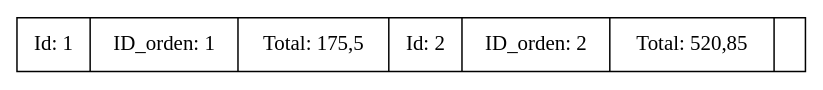
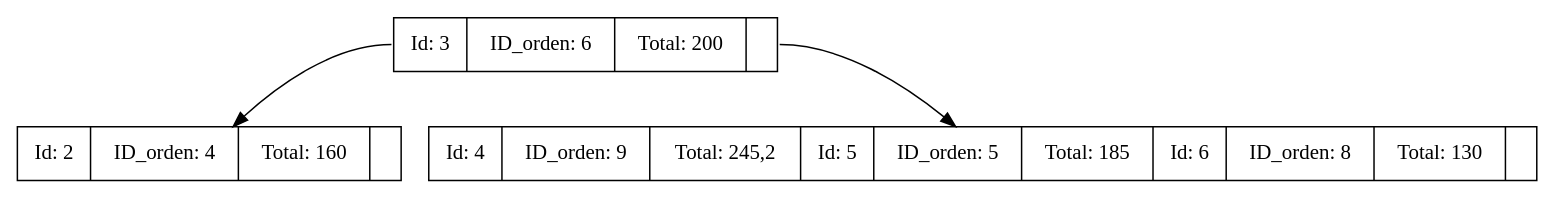
One commit to Farot30/-EDD-1S2025_202307820 changed the diagram in Fase#2/Reportes/ListaFacturaB5.dot. Above: the diagram before and after it, drawn with Graphviz. The commit also changed 77 other files, not shown here.

```diff
--- a/Fase#2/Reportes/ListaFacturaB5.dot
+++ b/Fase#2/Reportes/ListaFacturaB5.dot
@@ -1,4 +1,8 @@
 digraph BTree {
     node [shape=record];
-node0 [label="<f0> Id: 1|ID_orden: 1|Total: 175,5|<f1> Id: 2|ID_orden: 2|Total: 520,85|<f2>"];
+node0 [label="<f0> Id: 3|ID_orden: 6|Total: 200|<f1>"];
+node1 [label="<f0> Id: 2|ID_orden: 4|Total: 160|<f1>"];
+    node0:f0 -> node1;
+node2 [label="<f0> Id: 4|ID_orden: 9|Total: 245,2|<f1> Id: 5|ID_orden: 5|Total: 185|<f2> Id: 6|ID_orden: 8|Total: 130|<f3>"];
+    node0:f1 -> node2;
 }
```
